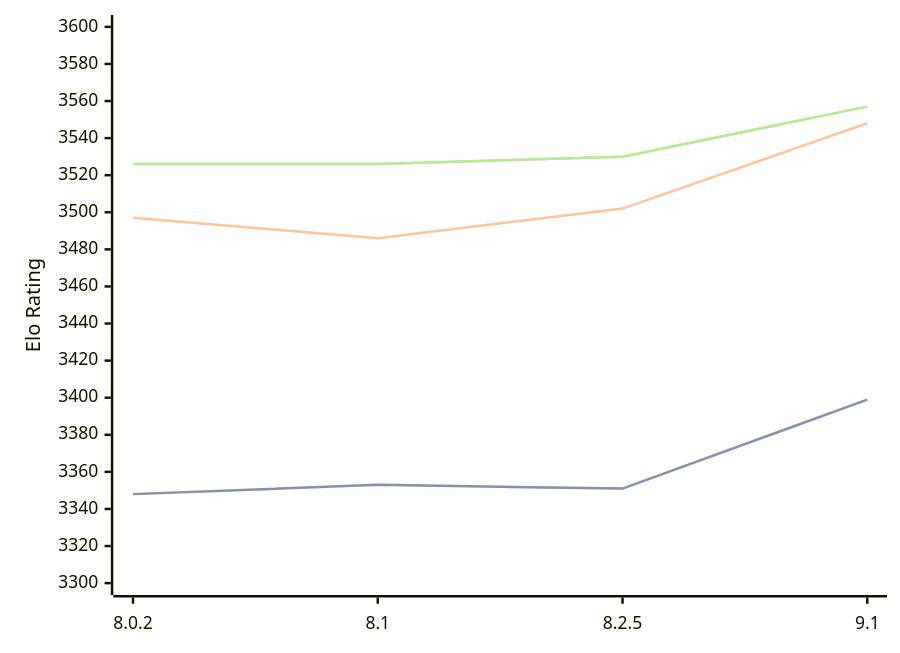
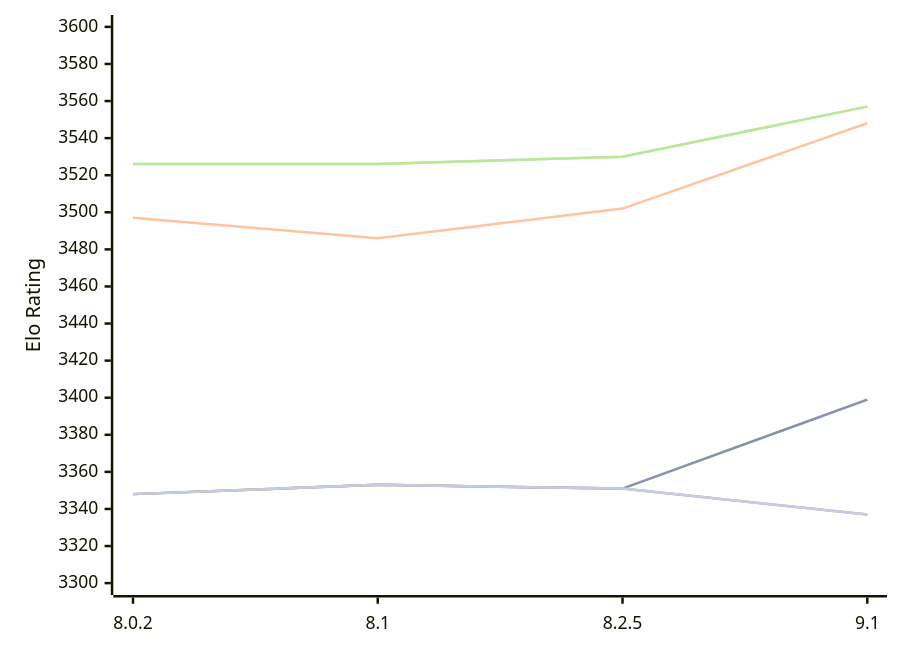
One commit to computer-chess-index/cci changed the diagram in engines/Clover.md. Above: the diagram before and after it, drawn with Mermaid. The commit also changed other lines of this file, not shown here.

Commit message:
Update CCI Ratings (ELO VLTC) - 2026-10-11

````diff
--- a/engines/Clover.md
+++ b/engines/Clover.md
@@ -50,16 +50,13 @@
 ```mermaid
 %%{init: {"theme":"base","themeVariables":{"seriesColors:['#a3a3a3','#222221','#faa371']}}}%%
 xychart-beta
   x-axis ["8.0.2", "8.1", "8.2.5", "9.1"]
   y-axis "Elo Rating" 3300 --> 3600
   line "" [3348, 3353, 3351, 3399]
   line "T1: STC (8.0+0.08s)" [3348, 3353, 3351, 3399]
   line "T1: LTC (60.0+0.60s)" [3497, 3486, 3502, 3548]
   line "" [3526, 3526, 3530, 3557]
   line "T1: VLTC (2m24s+1.12s)" [3526, 3526, 3530, 3557]
-  line "" [3324]
-  line "E1: STC (8.0+0.08s)" [3324]
-  line "E1: LTC (60.0+0.60s)" [3533]
-  line "" [3595]
-  line "E1: VLTC (2m24s+1.12s)" [3595]
+  line "" [3348, 3353, 3351,3337]
+  line "E1: STC (8.0+0.08s)" [3348, 3353, 3351,3337]
 ```
````
